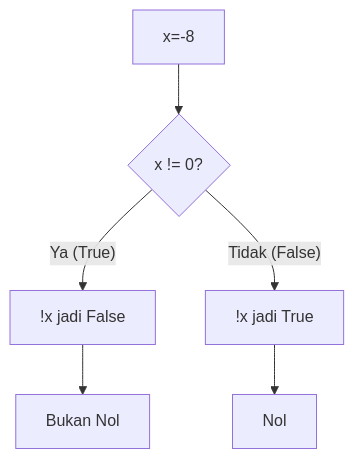
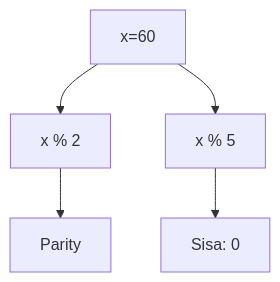
One commit to amnahwaida/OSNK_INF_PREP changed diagram 17 of 25 in part-c-pemahaman-cpp/02-percabangan/latihan/set-12.md. Above: the diagram before and after it, drawn with Mermaid. The commit also changed other lines of this file and 71 other files, not shown here.

````diff
--- a/part-c-pemahaman-cpp/02-percabangan/latihan/set-12.md
+++ b/part-c-pemahaman-cpp/02-percabangan/latihan/set-12.md
@@ -505,8 +509,7 @@
 ```mermaid
 graph TD
-    A[x=-8] --> B{x != 0?}
-    B -- Ya (True) --> C["!x jadi False"]
-    B -- Tidak (False) --> D["!x jadi True"]
-    C --> E[Bukan Nol]
-    D --> F[Nol]
+A[x=60] --> B[x % 2]
+B --> C[Parity]
+A --> D[x % 5]
+D --> E[Sisa: 0]
 ```
````
